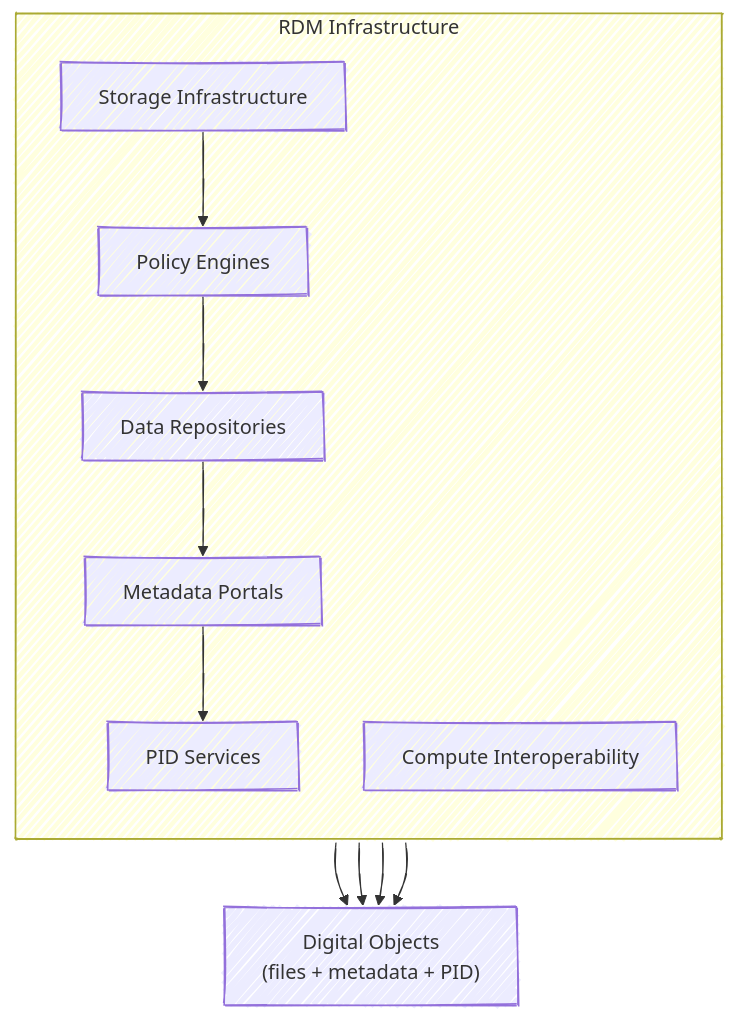
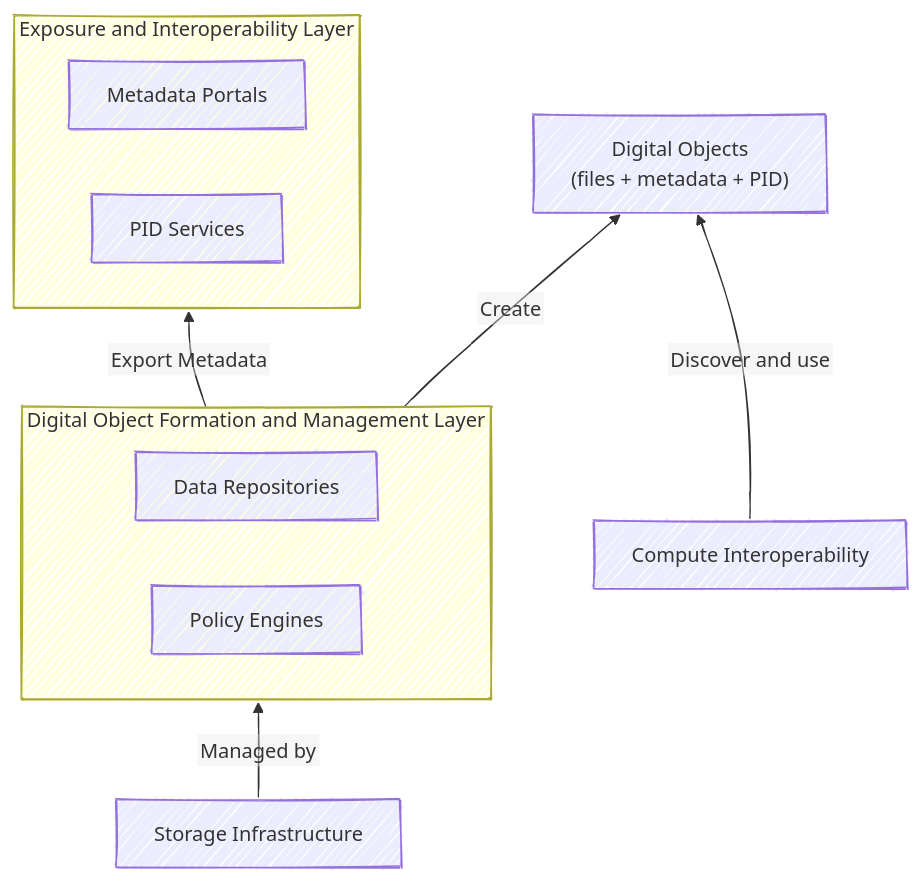
Before and after one commit to chStaiger/rdm-fundamentals: the diagram in book/rdm-infra-intro.qmd, drawn with Mermaid.

Commit message:
adjust graph

````diff
--- a/book/rdm-infra-intro.qmd
+++ b/book/rdm-infra-intro.qmd
@@ -25,29 +25,41 @@
 ```{mermaid}
-%%| label: fig-1
-%%| fig-cap: The layers of RDM infrastructure work together to support digital objects across their lifecycle, including interoperability with compute systems.
+%%| label: fig-rdm-layers
+%%| fig-cap: Core RDM infrastructure layers and how they contribute to forming, exposing, and using digital objects.
 %%| fig-align: center
 %%{init: {
   "look": "handDrawn",
   "flowchart": { "htmlLabels": false }
 }}%%
 
-flowchart TB
+flowchart BT
 
+    %% Top: Digital Objects
     DO["Digital Objects<br/>(files + metadata + PID)"]
 
-    subgraph Infra["RDM Infrastructure"]
-        direction TB
-        S["Storage Infrastructure"]
-        PE["Policy Engines"]
-        R["Data Repositories"]
+    %% Exposure Layer
+    subgraph Exposure["Exposure and Interoperability Layer"]
+        direction LR
         M["Metadata Portals"]
         P["PID Services"]
-        C["Compute Interoperability"]
     end
 
-    S --> PE --> R --> M --> P
-    R --> DO
-    M --> DO
-    P --> DO
-    C --> DO
+    %% Management Layer
+    subgraph Management["Digital Object Formation and Management Layer"]
+        direction LR
+        R["Data Repositories"]
+        PE["Policy Engines"]
+    end
+
+    %% Storage Layer
+    S["Storage Infrastructure"]
+
+    %% Compute Interoperability (side)
+    C["Compute Interoperability"]
+
+    %% Minimal connections
+    S -- "Managed by" --> Management
+    Management -- "Export Metadata" --> Exposure
+    Management -- "Create" --> DO
+    C -- "Discover and use" --> DO
+
 ```
````
